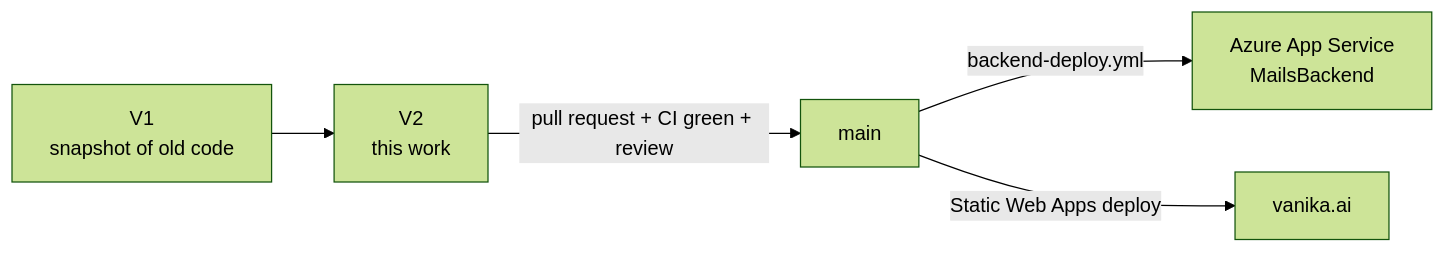
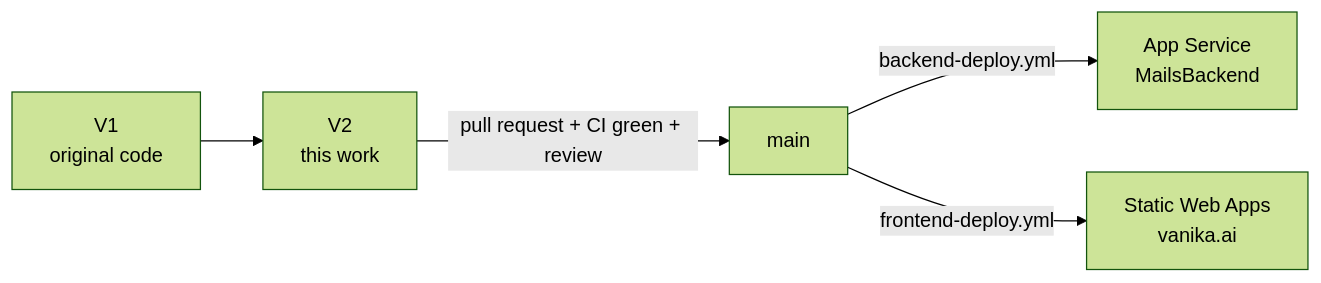
One commit to adityapuppala1/Vanika_Ai_Website changed the diagram in docs/PLAN.md. Above: the diagram before and after it, drawn with Mermaid (forest theme). The commit also changed other lines of this file and 32 other files, not shown here.

````diff
--- a/docs/PLAN.md
+++ b/docs/PLAN.md
@@ -22,7 +25,7 @@
 ```mermaid
 flowchart LR
-    V1["V1<br/>snapshot of old code"] --> V2["V2<br/>this work"]
+    V1["V1<br/>original code"] --> V2["V2<br/>this work"]
     V2 -->|"pull request + CI green + review"| main
-    main -->|"backend-deploy.yml"| azure["Azure App Service<br/>MailsBackend"]
-    main -->|"Static Web Apps deploy"| swa["vanika.ai"]
+    main -->|"backend-deploy.yml"| azure["App Service<br/>MailsBackend"]
+    main -->|"frontend-deploy.yml"| swa["Static Web Apps<br/>vanika.ai"]
 ```
````
